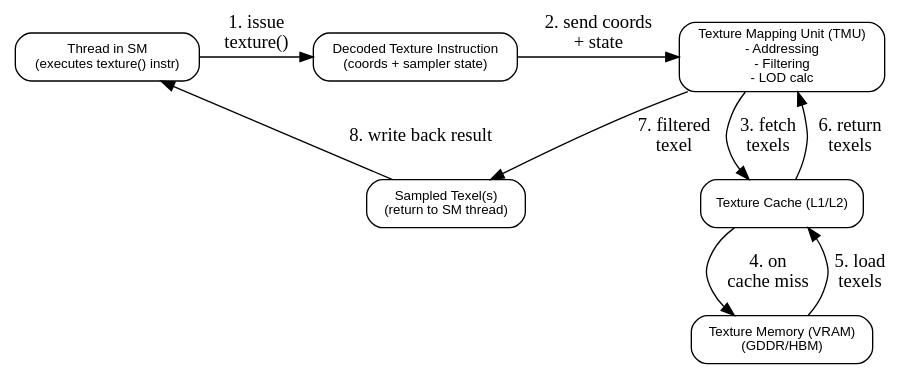
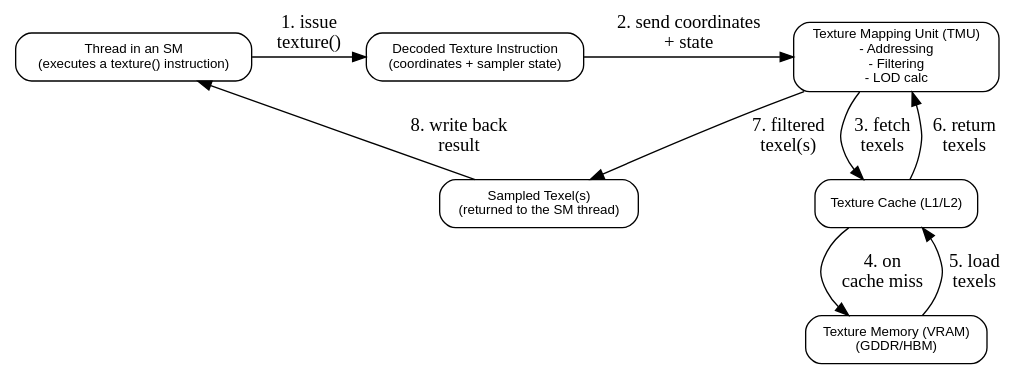
Before and after one commit to Jonathan2251/gpu: the diagram in Fig/hw/texture-fetch.gv, drawn with Graphviz. The commit also changed 31 other files, not shown here.

```diff
--- a/Fig/hw/texture-fetch.gv
+++ b/Fig/hw/texture-fetch.gv
@@ -1,24 +1,24 @@
 digraph TextureFetch {
   rankdir=TB;
   node [shape=box, fontname="Helvetica", fontsize=10, style=rounded];
 
-  Thread [label="Thread in SM\n(executes texture() instr)"];
-  Instr [label="Decoded Texture Instruction\n(coords + sampler state)"];
+  Thread [label="Thread in an SM\n(executes a texture() instruction)"];
+  Instr [label="Decoded Texture Instruction\n(coordinates + sampler state)"];
   TMU [label="Texture Mapping Unit (TMU)\n- Addressing\n- Filtering\n- LOD calc"];
   TCache [label="Texture Cache (L1/L2)"];
   VRAM [label="Texture Memory (VRAM)\n(GDDR/HBM)"];
-  Result [label="Sampled Texel(s)\n(return to SM thread)"];
+  Result [label="Sampled Texel(s)\n(returned to the SM thread)"];
 
   Thread -> Instr [label="1. issue\n texture()"];
-  Instr -> TMU [label="2. send coords\n + state"];
+  Instr -> TMU [label="2. send coordinates\n + state"];
   TMU -> TCache [label="3. fetch\n texels"];
   TCache -> VRAM [label="4. on\n cache miss"];
   VRAM -> TCache [label="5. load\n texels"];
   TCache -> TMU [label="6. return\n texels"];
-  TMU -> Result [label="7. filtered\n texel"];
-  Result -> Thread [label="8. write back result"];
+  TMU -> Result [label="7. filtered\n texel(s)"];
+  Result -> Thread [label="8. write back\n result"];
 
   { rank = same; Thread; Instr; TMU }
   { rank = same; TCache; Result }
   { rank = same; VRAM }
 }
```
